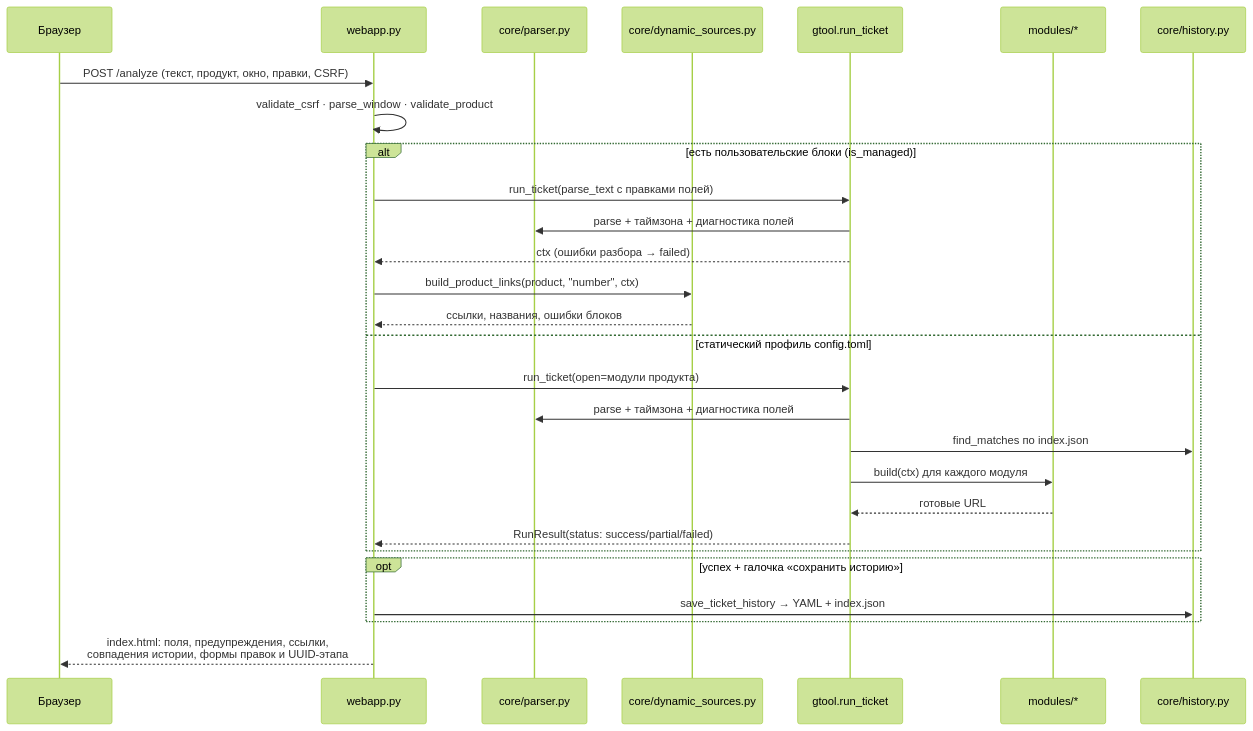
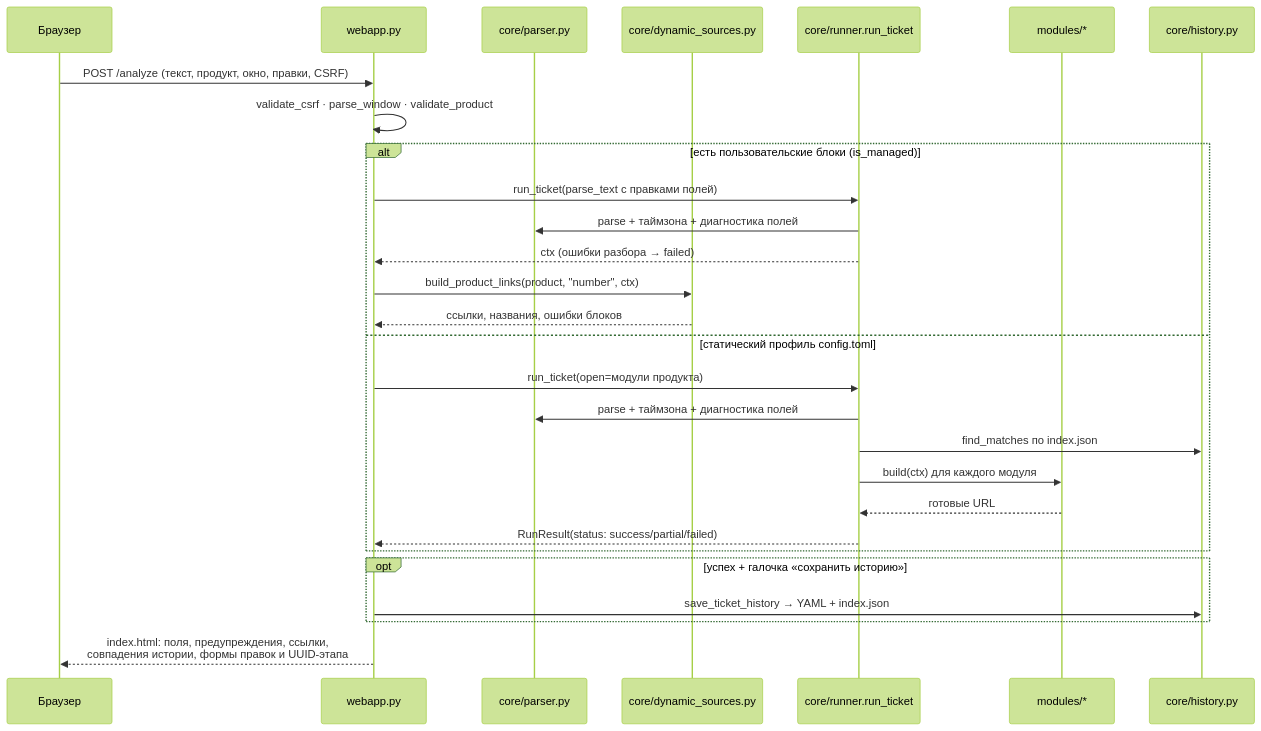
Before and after one commit to shifter1710/l2tool: the fourth of 12 diagrams in docs/ARCHITECTURE.md, drawn with Mermaid (forest theme). The commit also changed other lines of this file and 27 other files, not shown here.

````diff
--- a/docs/ARCHITECTURE.md
+++ b/docs/ARCHITECTURE.md
@@ -145,31 +139,31 @@
 ```mermaid
 sequenceDiagram
     participant B as Браузер
     participant W as webapp.py
     participant P as core/parser.py
     participant D as core/dynamic_sources.py
-    participant G as gtool.run_ticket
+    participant G as core/runner.run_ticket
     participant M as modules/*
     participant H as core/history.py
 
     B->>W: POST /analyze (текст, продукт, окно, правки, CSRF)
     W->>W: validate_csrf · parse_window · validate_product
     alt есть пользовательские блоки (is_managed)
         W->>G: run_ticket(parse_text с правками полей)
         G->>P: parse + таймзона + диагностика полей
         G-->>W: ctx (ошибки разбора → failed)
         W->>D: build_product_links(product, "number", ctx)
         D-->>W: ссылки, названия, ошибки блоков
     else статический профиль config.toml
         W->>G: run_ticket(open=модули продукта)
         G->>P: parse + таймзона + диагностика полей
         G->>H: find_matches по index.json
         G->>M: build(ctx) для каждого модуля
         M-->>G: готовые URL
         G-->>W: RunResult(status: success/partial/failed)
     end
     opt успех + галочка «сохранить историю»
         W->>H: save_ticket_history → YAML + index.json
     end
     W-->>B: index.html: поля, предупреждения, ссылки,<br/>совпадения истории, формы правок и UUID-этапа
 ```
````
